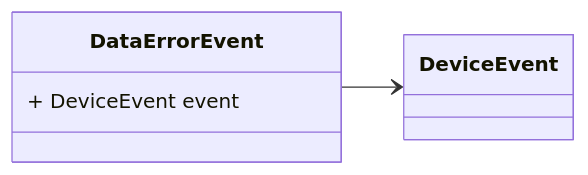
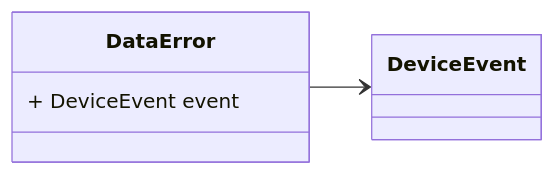
One commit to zaphiro-technologies/protobuf changed the eighth of 8 diagrams in docs/device_event.proto.md. Above: the diagram before and after it, drawn with Mermaid. The commit also changed other lines of this file and 2 other files, not shown here.

First line of the commit message:
Remove `Event` from the name of `DeviceEvent` subclasses (#37)

````diff
--- a/docs/device_event.proto.md
+++ b/docs/device_event.proto.md
@@ -138,12 +138,12 @@
 ```mermaid
 classDiagram
 direction LR
 
 %% 
 
-class DataErrorEvent {
+class DataError {
   + DeviceEvent event
 }
-DataErrorEvent --> `DeviceEvent`
+DataError --> `DeviceEvent`
 
 ```
````
